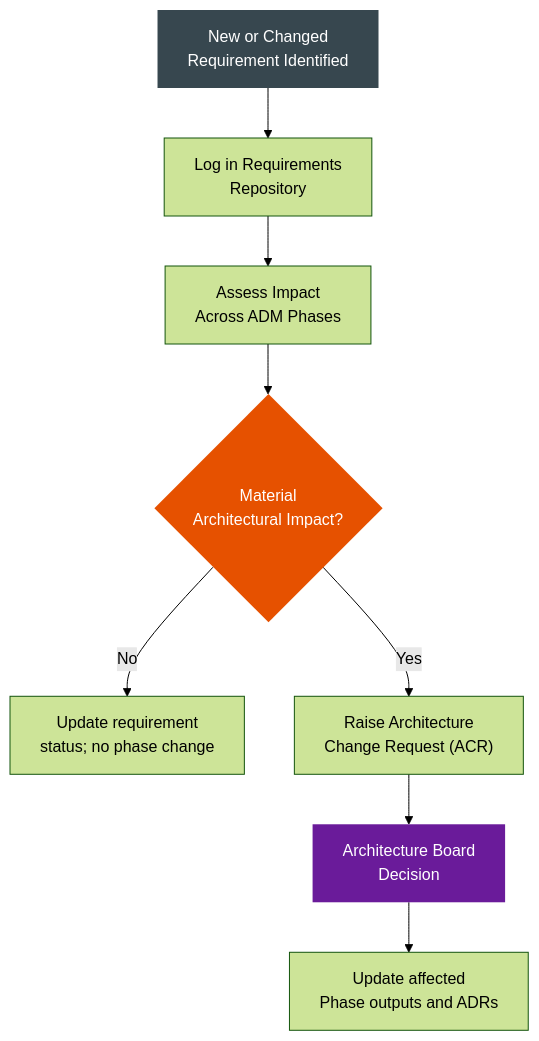
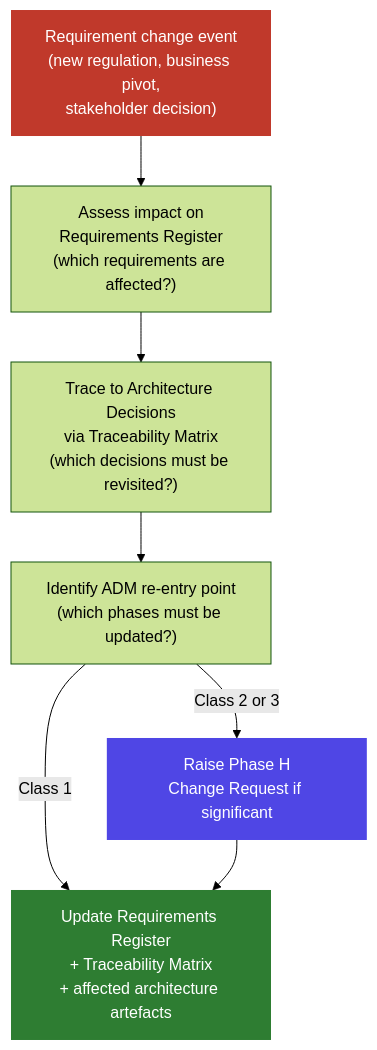
The second of 2 diagrams in docs/knowledge/adm/requirements-management.md (Yuvarajsfcloud/Knowledge-Library), drawn with Mermaid (forest theme) before and after one commit. The commit also changed other lines of this file and 6 other files, not shown here.

````diff
--- a/docs/knowledge/adm/requirements-management.md
+++ b/docs/knowledge/adm/requirements-management.md
@@ -108,14 +177,18 @@
 ``` mermaid
 flowchart TD
-    A["New or Changed\nRequirement Identified"] --> B["Log in Requirements\nRepository"]
-    B --> C["Assess Impact\nAcross ADM Phases"]
-    C --> D{Material\nArchitectural Impact?}
-    D -- No --> E["Update requirement\nstatus; no phase change"]
-    D -- Yes --> F["Raise Architecture\nChange Request (ACR)"]
-    F --> G["Architecture Board\nDecision"]
-    G --> H["Update affected\nPhase outputs and ADRs"]
+    Change["Requirement change event\n(new regulation, business pivot,\nstakeholder decision)"]
+    Assess["Assess impact on\nRequirements Register\n(which requirements are affected?)"]
+    Trace["Trace to Architecture Decisions\nvia Traceability Matrix\n(which decisions must be revisited?)"]
+    Phase["Identify ADM re-entry point\n(which phases must be updated?)"]
+    H["Raise Phase H\nChange Request if significant"]
+    Update["Update Requirements Register\n+ Traceability Matrix\n+ affected architecture artefacts"]
 
-    style A fill:#37474f,color:#fff,stroke:none
-    style D fill:#e65100,color:#fff,stroke:none
-    style G fill:#6a1b9a,color:#fff,stroke:none
+    Change --> Assess --> Trace --> Phase
+    Phase -->|"Class 2 or 3"| H
+    Phase -->|"Class 1"| Update
+    H --> Update
+
+    style Change fill:#c0392b,color:#fff,stroke:none
+    style H fill:#4F46E5,color:#fff,stroke:none
+    style Update fill:#2e7d32,color:#fff,stroke:none
 ```
````
